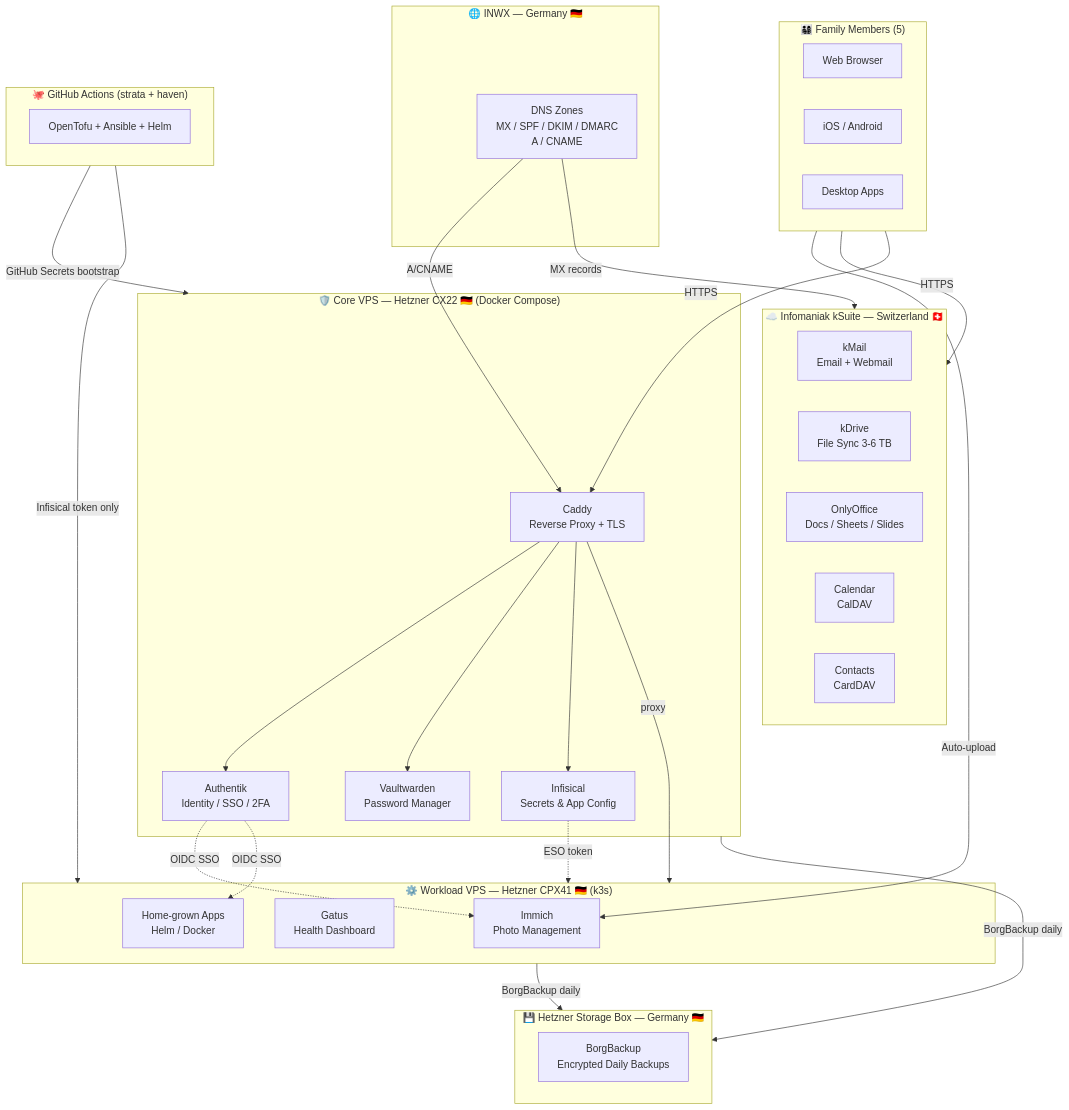
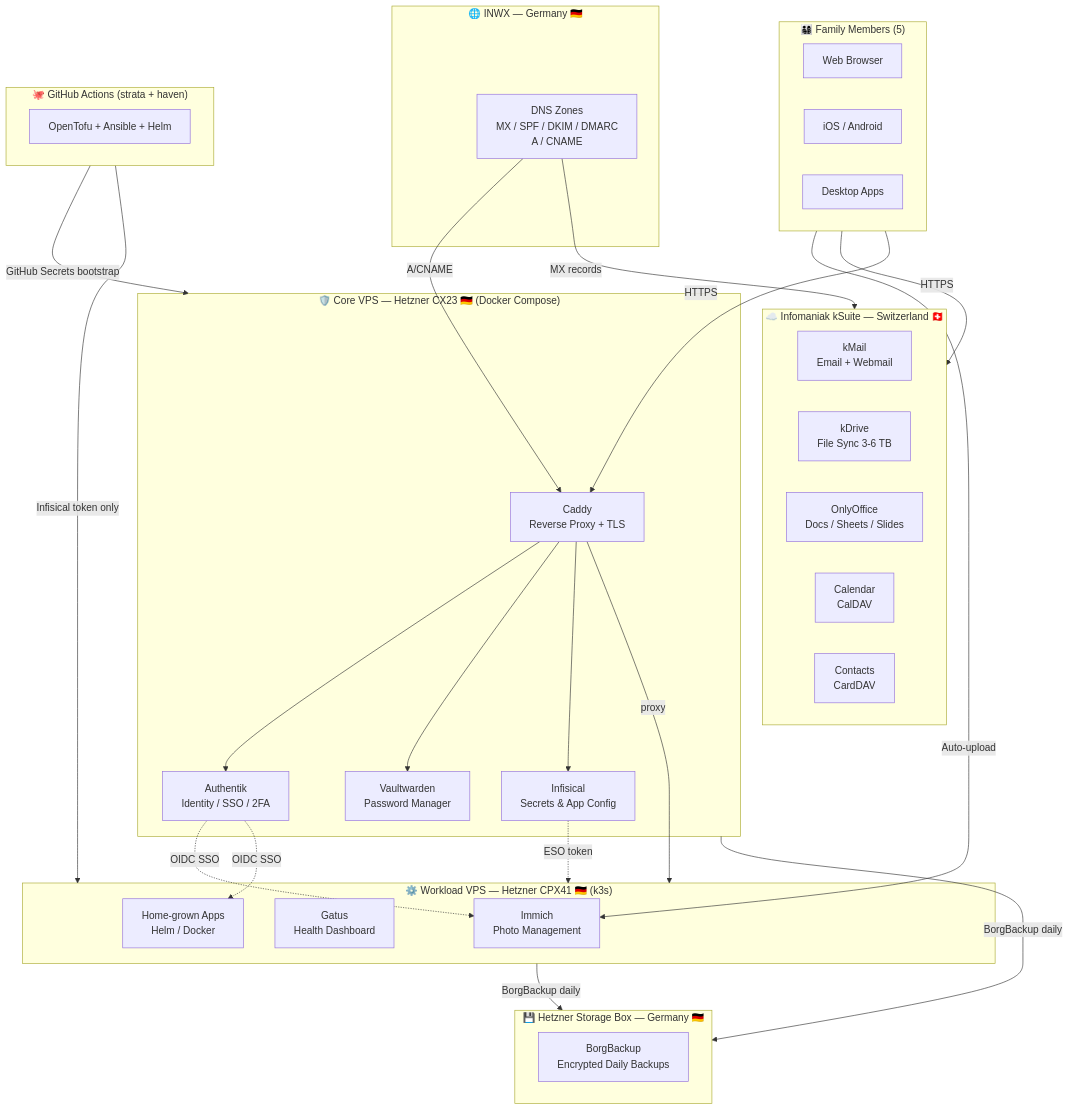
Before and after one commit to huybrechtsxyz/haven: the diagram in docs/design/hosting-design.md, drawn with Mermaid. The commit also changed other lines of this file and 2 other files, not shown here.

````diff
--- a/docs/design/hosting-design.md
+++ b/docs/design/hosting-design.md
@@ -17,68 +17,68 @@
 ```mermaid
 graph TB
     subgraph Users["👨‍👩‍👧‍👦 Family Members (5)"]
         direction LR
         Browser[Web Browser]
         Mobile[iOS / Android]
         Desktop[Desktop Apps]
     end
 
     subgraph Infomaniak["☁️ Infomaniak kSuite — Switzerland 🇨🇭"]
         kMail[kMail<br/>Email + Webmail]
         kDrive[kDrive<br/>File Sync 3-6 TB]
         OnlyOffice_k[OnlyOffice<br/>Docs / Sheets / Slides]
         Calendar[Calendar<br/>CalDAV]
         Contacts[Contacts<br/>CardDAV]
     end
 
-    subgraph CoreVPS["🛡️ Core VPS — Hetzner CX22 🇩🇪 (Docker Compose)"]
+    subgraph CoreVPS["🛡️ Core VPS — Hetzner CX23 🇩🇪 (Docker Compose)"]
         Caddy[Caddy<br/>Reverse Proxy + TLS]
         Authentik[Authentik<br/>Identity / SSO / 2FA]
         Vaultwarden[Vaultwarden<br/>Password Manager]
         Infisical[Infisical<br/>Secrets & App Config]
     end
 
     subgraph WorkloadVPS["⚙️ Workload VPS — Hetzner CPX41 🇩🇪 (k3s)"]
         Immich[Immich<br/>Photo Management]
         Gatus[Gatus<br/>Health Dashboard]
         Apps[Home-grown Apps<br/>Helm / Docker]
     end
 
     subgraph Storage["💾 Hetzner Storage Box — Germany 🇩🇪"]
         BorgBackup[BorgBackup<br/>Encrypted Daily Backups]
     end
 
     subgraph DNS["🌐 INWX — Germany 🇩🇪"]
         DNSZones[DNS Zones<br/>MX / SPF / DKIM / DMARC<br/>A / CNAME]
     end
 
     subgraph GitHub["🐙 GitHub Actions (strata + haven)"]
         IaC[OpenTofu + Ansible + Helm]
     end
 
     %% User connections
     Users -->|HTTPS| Infomaniak
     Users -->|HTTPS| Caddy
     Mobile -->|Auto-upload| Immich
 
     %% Core VPS
     Caddy --> Authentik
     Caddy --> Vaultwarden
     Caddy --> Infisical
     Caddy -->|proxy| WorkloadVPS
     Authentik -.->|OIDC SSO| Immich
     Authentik -.->|OIDC SSO| Apps
     Infisical -.->|ESO token| WorkloadVPS
 
     %% Backup
     CoreVPS -->|BorgBackup daily| Storage
     WorkloadVPS -->|BorgBackup daily| Storage
 
     %% IaC
     GitHub -->|GitHub Secrets bootstrap| CoreVPS
     GitHub -->|Infisical token only| WorkloadVPS
 
     %% DNS
     DNSZones -->|MX records| Infomaniak
     DNSZones -->|A/CNAME| Caddy
 ```
````
